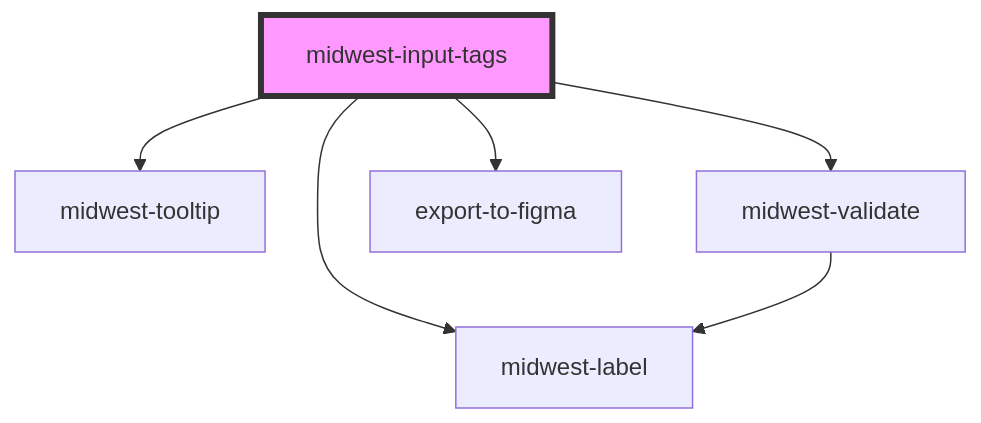
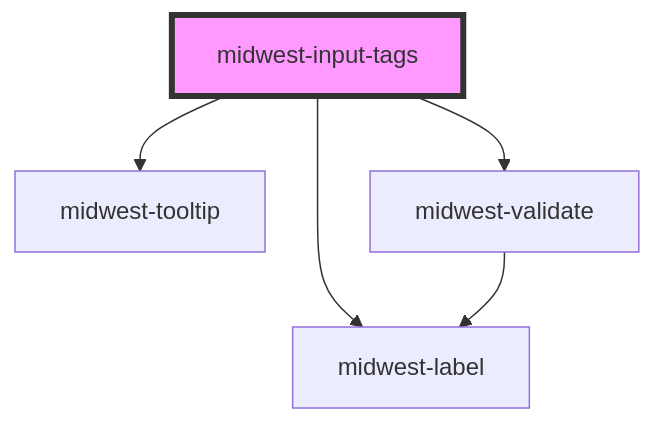
Before and after one commit to splitinfinities/Midwest: the diagram in packages/forms/src/components/input-tags/readme.md, drawn with Mermaid. The commit also changed other lines of this file and 48 other files, not shown here.

````diff
--- a/packages/forms/src/components/input-tags/readme.md
+++ b/packages/forms/src/components/input-tags/readme.md
@@ -69,9 +68,8 @@
 ```mermaid
 graph TD;
   midwest-input-tags --> midwest-label
   midwest-input-tags --> midwest-tooltip
   midwest-input-tags --> midwest-validate
-  midwest-input-tags --> export-to-figma
   midwest-validate --> midwest-label
   style midwest-input-tags fill:#f9f,stroke:#333,stroke-width:4px
 ```
````
